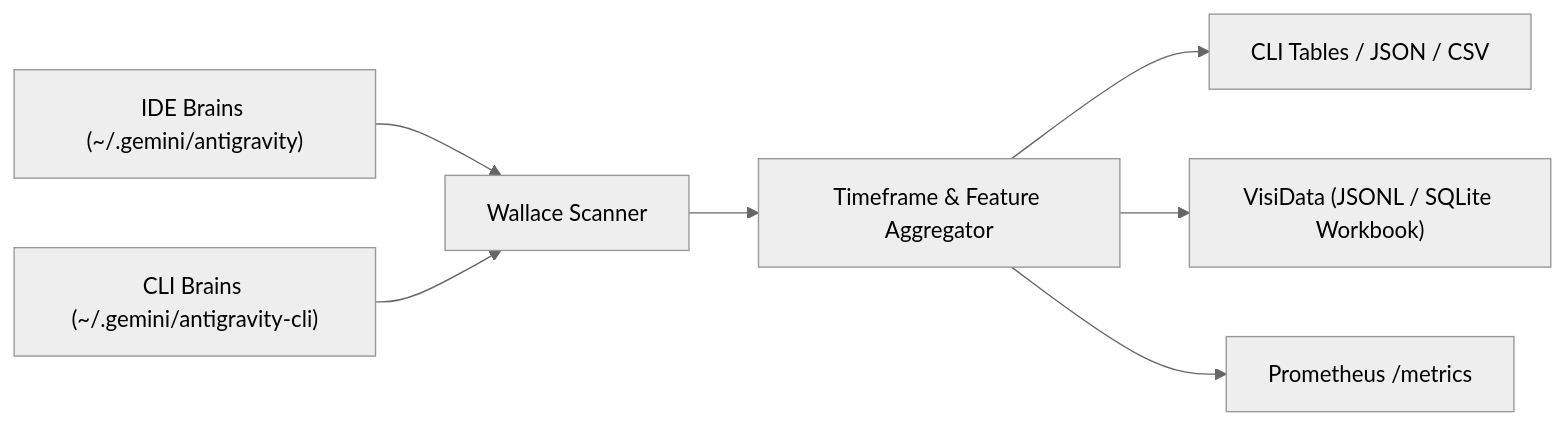
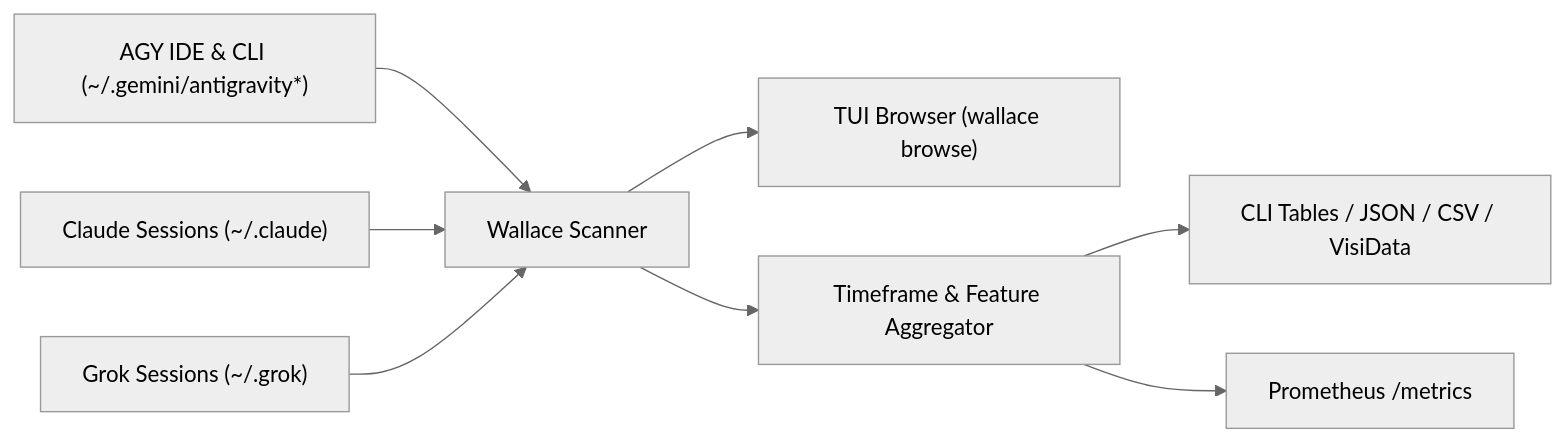
One commit to lino/wallace changed the diagram in docs/index.md. Above: the diagram before and after it, drawn with Mermaid (neutral theme). The commit also changed other lines of this file and 50 other files, not shown here.

````diff
--- a/docs/index.md
+++ b/docs/index.md
@@ -12,9 +12,10 @@
 ```mermaid
 flowchart LR
-    IDE["IDE Brains (~/.gemini/antigravity)"] --> Scanner["Wallace Scanner"]
-    CLI["CLI Brains (~/.gemini/antigravity-cli)"] --> Scanner
+    IDE["AGY IDE & CLI (~/.gemini/antigravity*)"] --> Scanner["Wallace Scanner"]
+    Claude["Claude Sessions (~/.claude)"] --> Scanner
+    Grok["Grok Sessions (~/.grok)"] --> Scanner
+    Scanner --> Browser["TUI Browser (wallace browse)"]
     Scanner --> Agg["Timeframe & Feature Aggregator"]
-    Agg --> Reports["CLI Tables / JSON / CSV"]
-    Agg --> VD["VisiData (JSONL / SQLite Workbook)"]
+    Agg --> Reports["CLI Tables / JSON / CSV / VisiData"]
     Agg --> Prom["Prometheus /metrics"]
 ```
````
